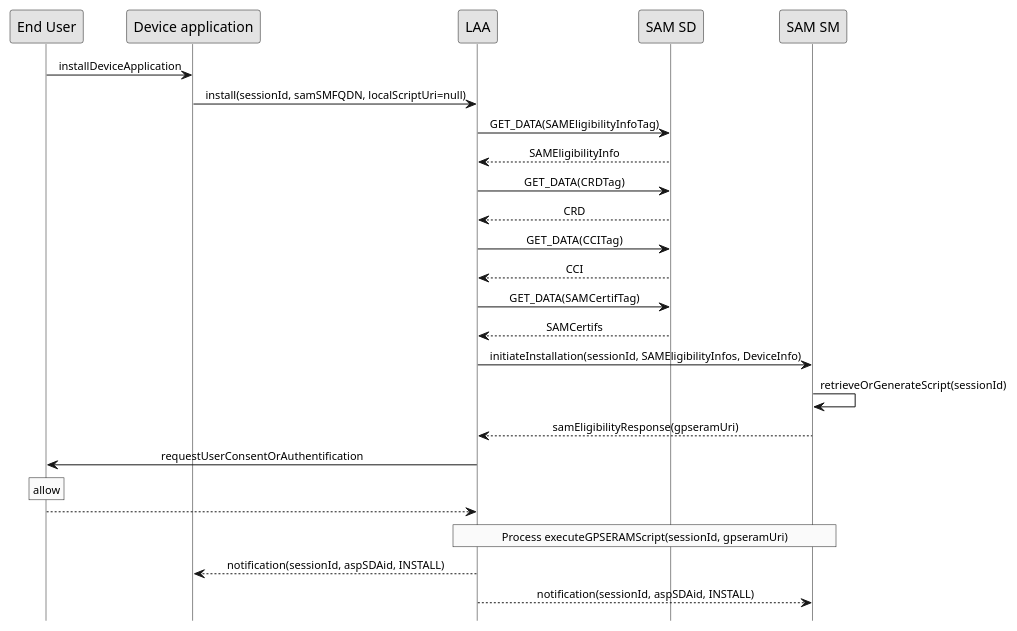
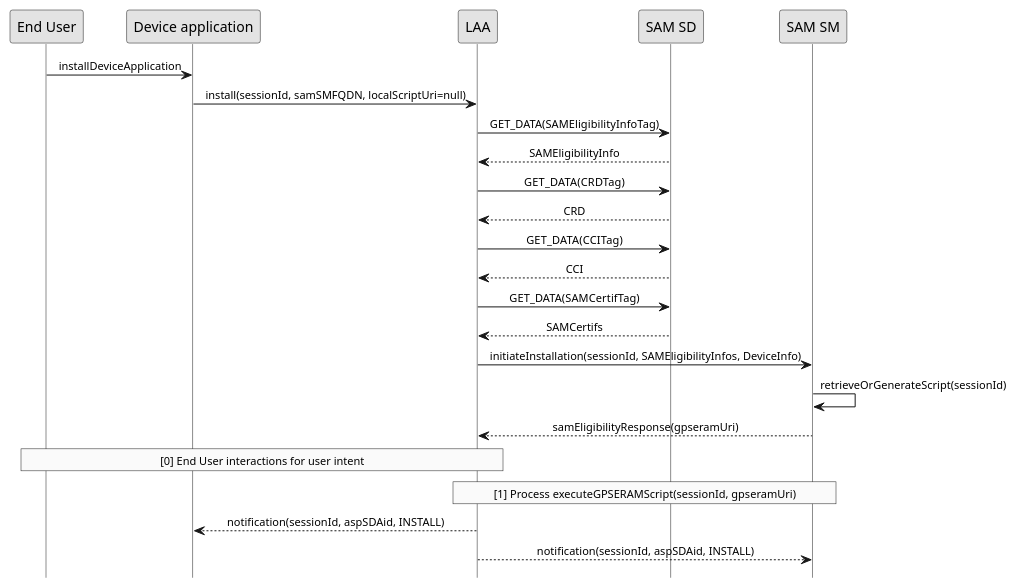
One commit to gaelrgerard/laa changed the diagram in doc/uml/install-samsm.pu. Above: the diagram before and after it, drawn with PlantUML. The commit also changed 4 other files, not shown here.

Commit message:
change diagram + small update

```diff
--- a/doc/uml/install-samsm.pu
+++ b/doc/uml/install-samsm.pu
@@ -1,35 +1,35 @@
 @startuml
  
 hide footbox
 skinparam sequenceMessageAlign center
 skinparam sequenceArrowFontSize 11
 skinparam noteFontSize 11
 skinparam monochrome true
 skinparam lifelinestrategy solid
  
 "End User" -> "Device application" : installDeviceApplication
 "Device application" -> LAA : install(sessionId, samSMFQDN, localScriptUri=null)
 LAA -> "SAM SD" : GET_DATA(SAMEligibilityInfoTag)
 "SAM SD" --> LAA : SAMEligibilityInfo  
 LAA -> "SAM SD" : GET_DATA(CRDTag)
 "SAM SD" --> LAA : CRD
 LAA -> "SAM SD" : GET_DATA(CCITag)
 "SAM SD" --> LAA : CCI
 LAA -> "SAM SD" : GET_DATA(SAMCertifTag)
 "SAM SD" --> LAA : SAMCertifs
 "LAA" -> "SAM SM" : initiateInstallation(sessionId, SAMEligibilityInfos, DeviceInfo) 
 "SAM SM" -> "SAM SM" : retrieveOrGenerateScript(sessionId)
 "SAM SM" --> LAA : samEligibilityResponse(gpseramUri)
  
-LAA -> "End User" : requestUserConsentOrAuthentification
-rnote over "End User": allow
-LAA <-- "End User"
+rnote over "LAA", "End User"
+     [0] End User interactions for user intent
+end rnote
  
 rnote over "LAA", "SAM SM"
-     Process executeGPSERAMScript(sessionId, gpseramUri)
+     [1] Process executeGPSERAMScript(sessionId, gpseramUri)
 end rnote
  
 LAA --> "Device application" : notification(sessionId, aspSDAid, INSTALL)
  
 LAA --> "SAM SM" : notification(sessionId, aspSDAid, INSTALL)
 @enduml
```
